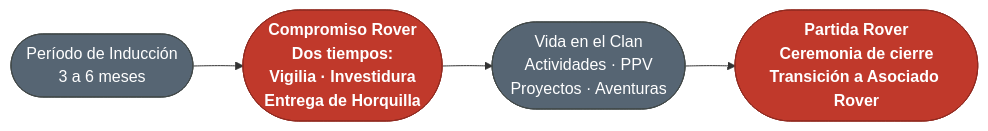
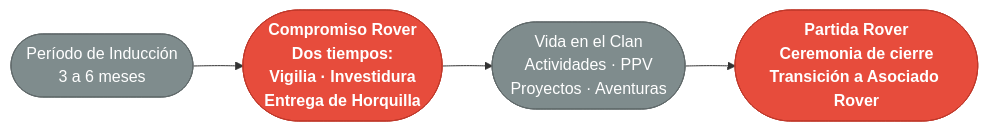
One commit to conecta-clanes/my-website changed the seventh of 8 diagrams in docs/base-conocimiento/tips-consejeros/marco-simbolico-clan-rovers.md. Above: the diagram before and after it, drawn with Mermaid. The commit also changed other lines of this file and 51 other files, not shown here.

````diff
--- a/docs/base-conocimiento/tips-consejeros/marco-simbolico-clan-rovers.md
+++ b/docs/base-conocimiento/tips-consejeros/marco-simbolico-clan-rovers.md
@@ -174,15 +174,15 @@
 ```mermaid
 flowchart LR
     A(["Período de Inducción<BR>3 a 6 meses"])
     B(["Compromiso Rover<BR>Dos tiempos:<BR>Vigilia · Investidura<BR>Entrega de Horquilla"])
     C(["Vida en el Clan<BR>Actividades · PPV<BR>Proyectos · Aventuras"])
     D(["Partida Rover<BR>Ceremonia de cierre<BR>Transición a Asociado Rover"])
 
     A --> B --> C --> D
 
-    classDef paso fill:#566573,stroke:#424949,color:#fff
-    classDef cer fill:#c0392b,stroke:#922b21,color:#fff,font-weight:bold
+    classDef paso fill:#7f8c8d,stroke:#616a6b,color:#fff
+    classDef cer fill:#e74c3c,stroke:#c0392b,color:#fff,font-weight:bold
 
     class A,C paso
     class B,D cer
 ```
````
